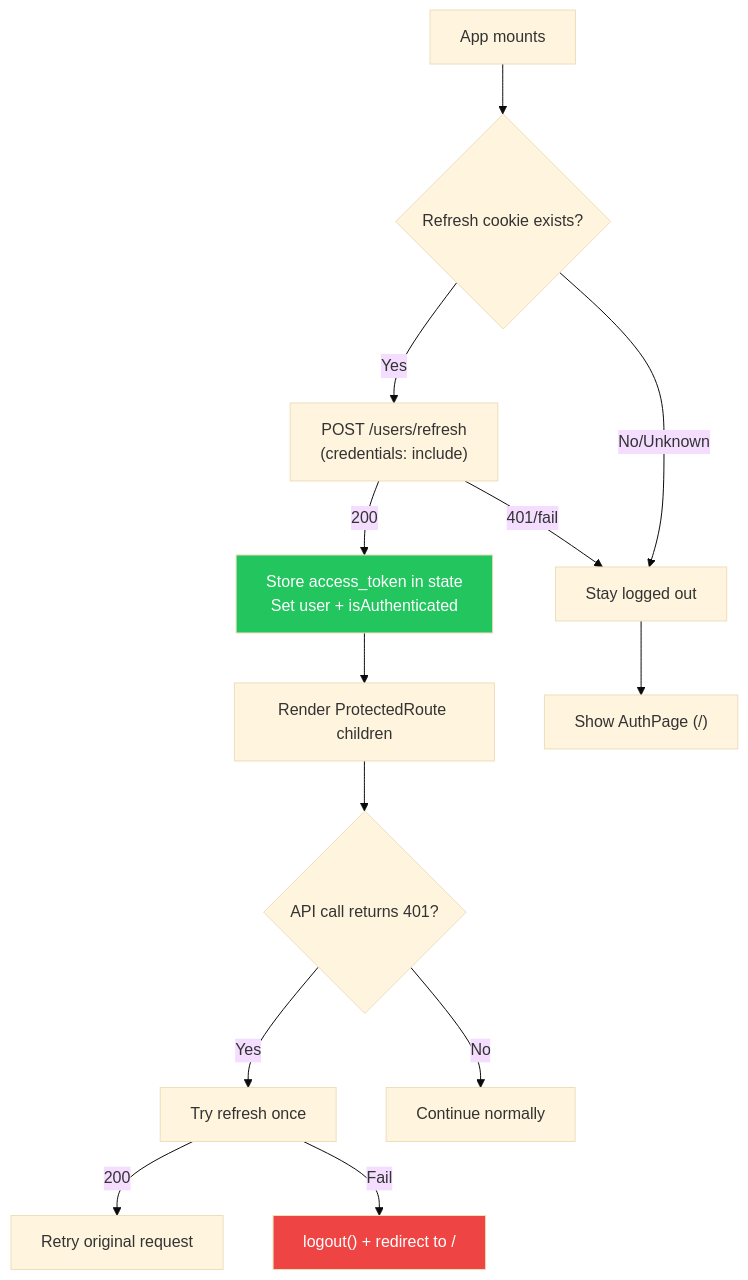
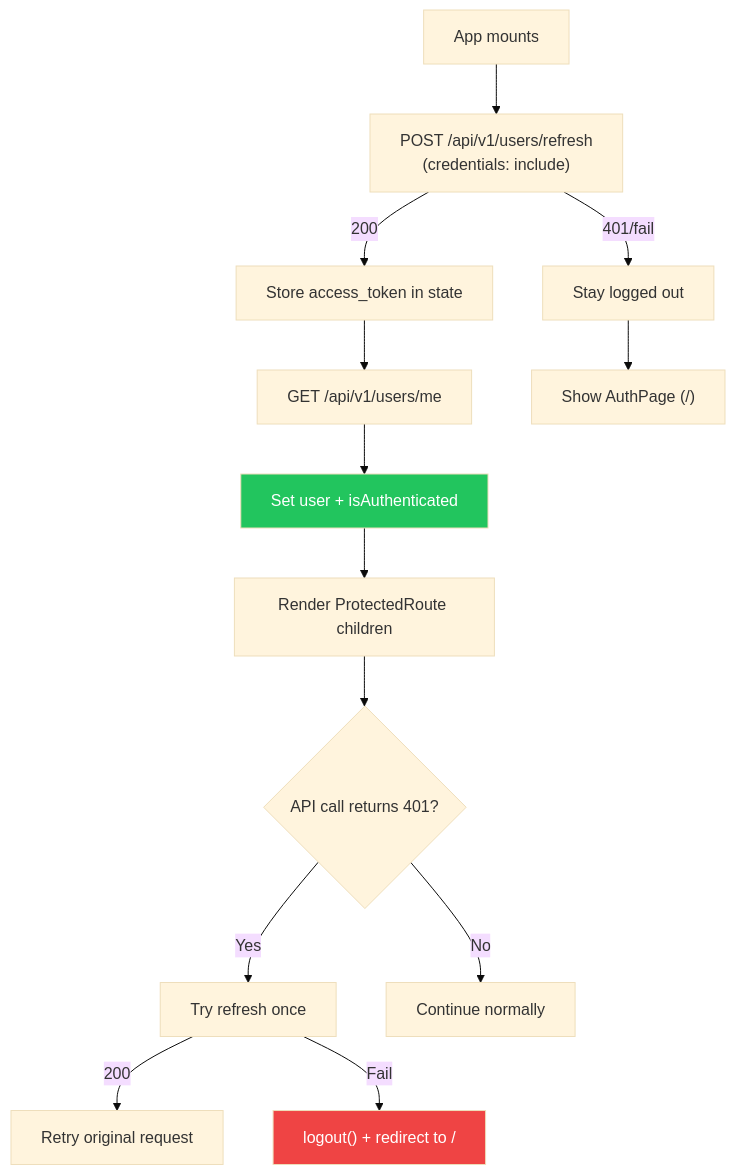
One commit to AmeDal/itr-filing-app changed the fifth of 6 diagrams in docs/auth.md. Above: the diagram before and after it, drawn with Mermaid (base theme). The commit also changed other lines of this file and 19 other files, not shown here.

First line of the commit message:
docs: sync AI context with current app architecture

````diff
--- a/docs/auth.md
+++ b/docs/auth.md
@@ -324,20 +324,19 @@
 ```mermaid
 flowchart TD
-    A["App mounts"] --> B{"Refresh cookie exists?"}
-    B -->|"Yes"| C["POST /users/refresh<br/>(credentials: include)"]
-    C -->|"200"| D["Store access_token in state<br/>Set user + isAuthenticated"]
-    C -->|"401/fail"| E["Stay logged out"]
-    B -->|"No/Unknown"| E
-    E --> F["Show AuthPage (/)"]
+    A["App mounts"] --> B["POST /api/v1/users/refresh<br/>(credentials: include)"]
+    B -->|"200"| C["Store access_token in state"]
+    C --> D["GET /api/v1/users/me"]
+    D --> E["Set user + isAuthenticated"]
+    B -->|"401/fail"| F["Stay logged out"]
+    F --> G["Show AuthPage (/)"]
 
-    D --> G["Render ProtectedRoute children"]
+    E --> H["Render ProtectedRoute children"]
+    H --> I{"API call returns 401?"}
+    I -->|"Yes"| J["Try refresh once"]
+    J -->|"200"| K["Retry original request"]
+    J -->|"Fail"| L["logout() + redirect to /"]
+    I -->|"No"| M["Continue normally"]
 
-    G --> H{"API call returns 401?"}
-    H -->|"Yes"| I["Try refresh once"]
-    I -->|"200"| J["Retry original request"]
-    I -->|"Fail"| K["logout() + redirect to /"]
-    H -->|"No"| L["Continue normally"]
-
-    style D fill:#22c55e,color:#fff
-    style K fill:#ef4444,color:#fff
+    style E fill:#22c55e,color:#fff
+    style L fill:#ef4444,color:#fff
 ```
````
